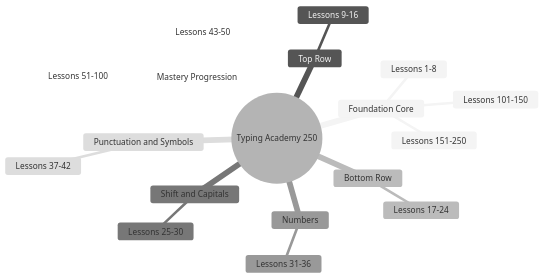
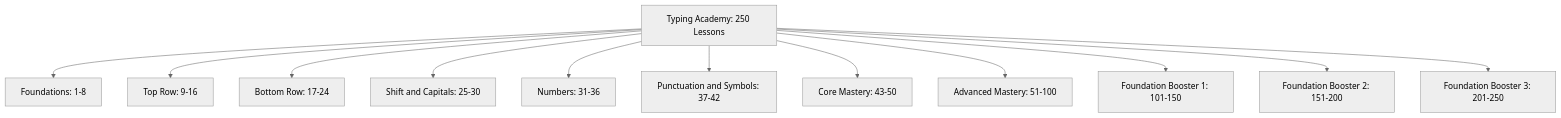
Before and after one commit to Arbab-ofc/Typing-Academy: the first of 2 diagrams in README.md, drawn with Mermaid (neutral theme).

Commit message:
Fix README curriculum map Mermaid syntax

````diff
--- a/README.md
+++ b/README.md
@@ -130,21 +130,15 @@
 ```mermaid
-mindmap
-  root((Typing Academy 250))
-    Foundation Core
-      Lessons 1-8
-      Lessons 101-150
-      Lessons 151-250
-    Top Row
-      Lessons 9-16
-    Bottom Row
-      Lessons 17-24
-    Shift and Capitals
-      Lessons 25-30
-    Numbers
-      Lessons 31-36
-    Punctuation and Symbols
-      Lessons 37-42
-    Mastery Progression
-      Lessons 43-50
-      Lessons 51-100
+flowchart TD
+  A[Typing Academy: 250 Lessons]
+  A --> B[Foundations: 1-8]
+  A --> C[Top Row: 9-16]
+  A --> D[Bottom Row: 17-24]
+  A --> E[Shift and Capitals: 25-30]
+  A --> F[Numbers: 31-36]
+  A --> G[Punctuation and Symbols: 37-42]
+  A --> H[Core Mastery: 43-50]
+  A --> I[Advanced Mastery: 51-100]
+  A --> J[Foundation Booster 1: 101-150]
+  A --> K[Foundation Booster 2: 151-200]
+  A --> L[Foundation Booster 3: 201-250]
 ```
````
